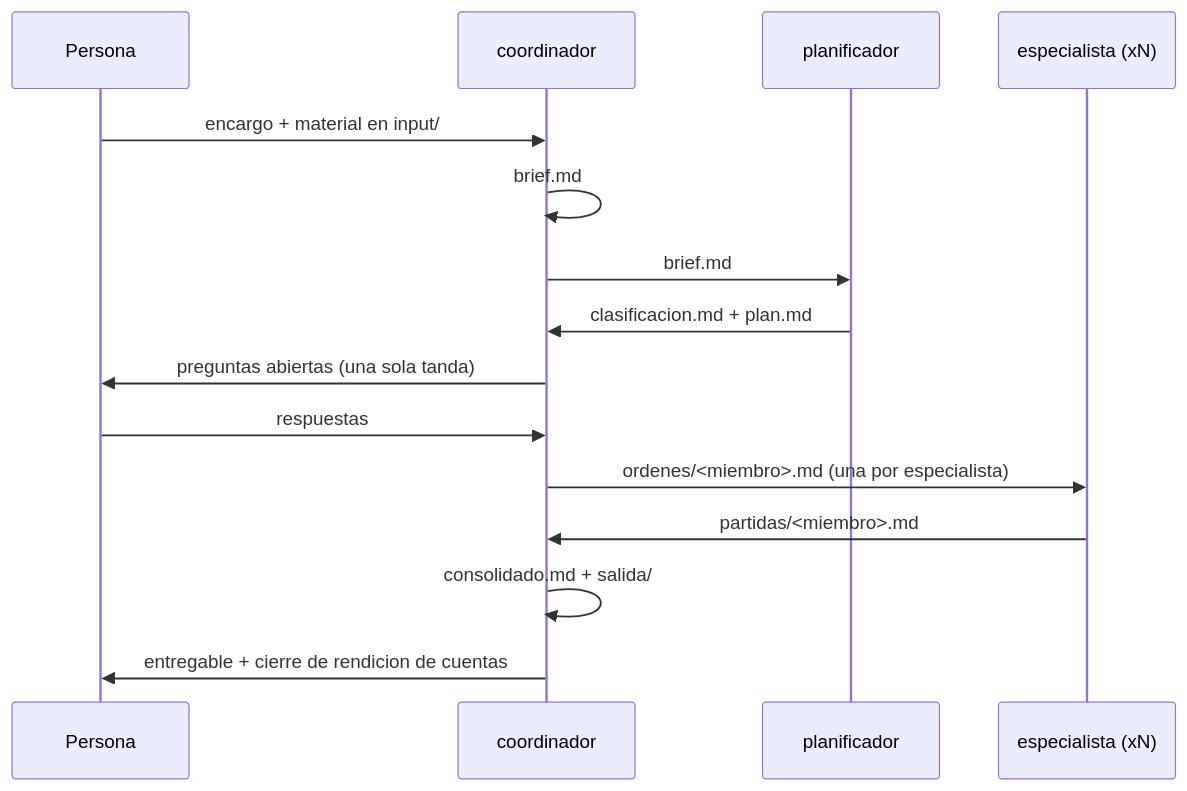
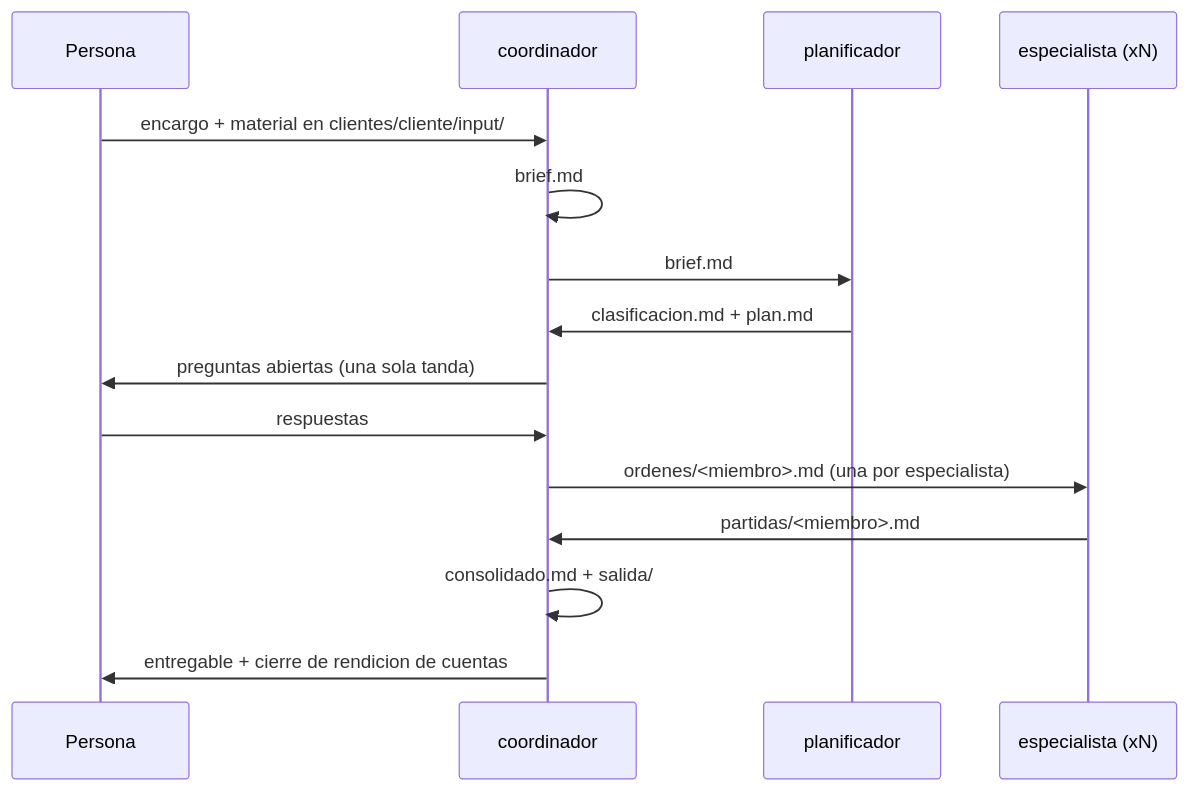
The diagram in docs/ARQUITECTURA.md (IvanRenatoC/sistema-agentico-turubro), drawn with Mermaid before and after one commit. The commit also changed other lines of this file and 45 other files, not shown here.

First line of the commit message:
refactor: aislar trabajo por cliente en clientes/<cliente>/ con hook de aislamiento

````diff
--- a/docs/ARQUITECTURA.md
+++ b/docs/ARQUITECTURA.md
@@ -74,17 +75,17 @@
 ```mermaid
 sequenceDiagram
     participant P as Persona
     participant C as coordinador
     participant PL as planificador
     participant E as especialista (xN)
-    P->>C: encargo + material en input/
+    P->>C: encargo + material en clientes/cliente/input/
     C->>C: brief.md
     C->>PL: brief.md
     PL->>C: clasificacion.md + plan.md
     C->>P: preguntas abiertas (una sola tanda)
     P->>C: respuestas
     C->>E: ordenes/<miembro>.md (una por especialista)
     E->>C: partidas/<miembro>.md
     C->>C: consolidado.md + salida/
     C->>P: entregable + cierre de rendicion de cuentas
 ```
````
